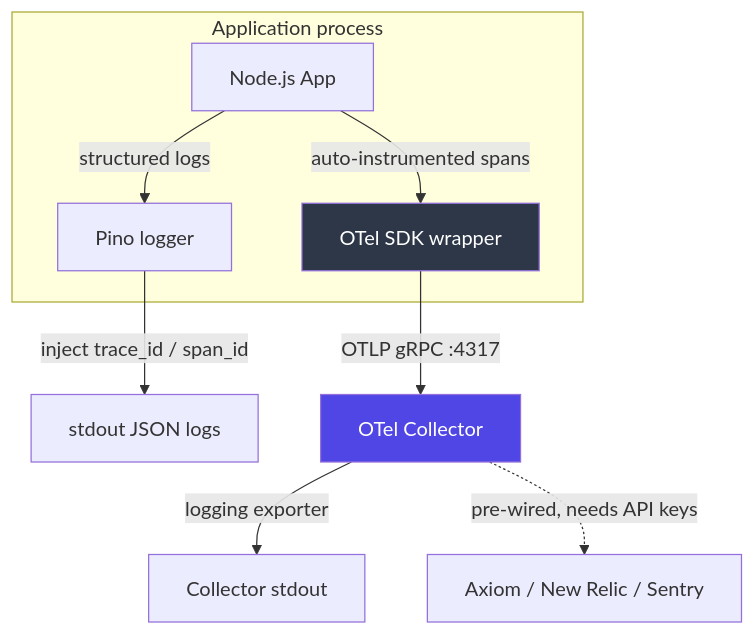
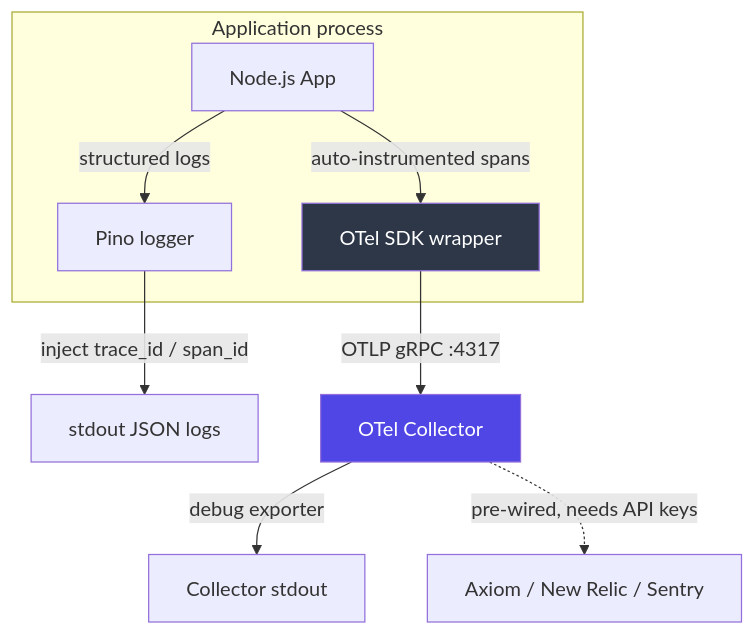
Before and after one commit to sudhanshu1402/otel-sdk-node: the diagram in README.md, drawn with Mermaid. The commit also changed 5 other files, not shown here.

````diff
--- a/README.md
+++ b/README.md
@@ -23,18 +23,18 @@
 ```mermaid
 graph TB
     App[Node.js App] -->|auto-instrumented spans| SDK[OTel SDK wrapper]
     App -->|structured logs| Logger[Pino logger]
     Logger -->|inject trace_id / span_id| Out[stdout JSON logs]
     SDK -->|OTLP gRPC :4317| Collector[OTel Collector]
-    Collector -->|logging exporter| Stdout[Collector stdout]
+    Collector -->|debug exporter| Stdout[Collector stdout]
     Collector -.->|pre-wired, needs API keys| Vendors[Axiom / New Relic / Sentry]
 
     subgraph "Application process"
         App
         SDK
         Logger
     end
 
     style SDK fill:#2d3748,color:#fff
     style Collector fill:#4f46e5,color:#fff
 ```
````
